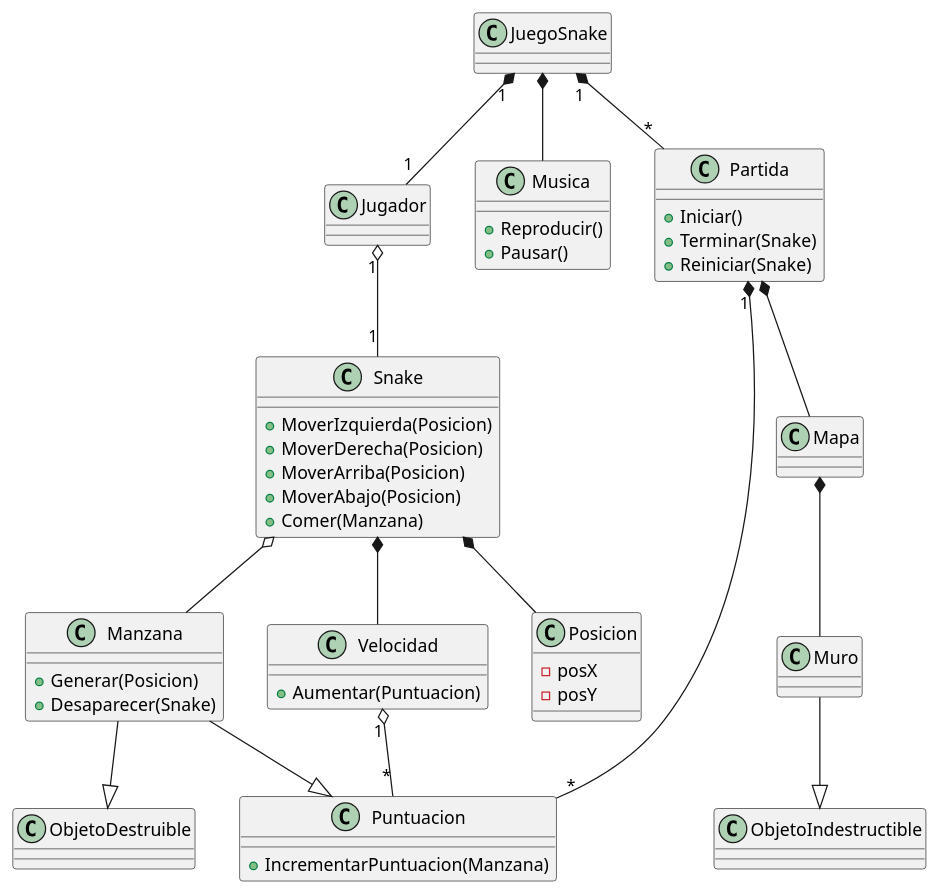
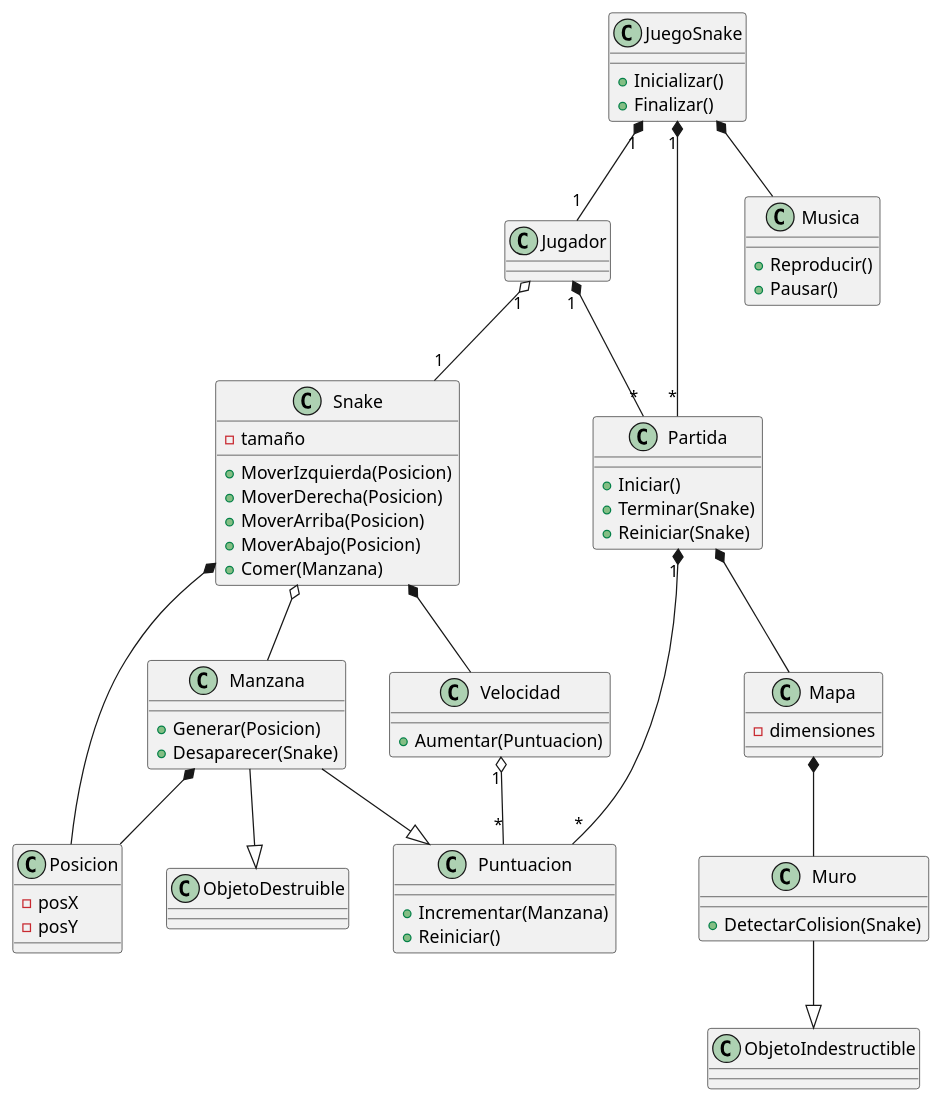
The diagram in docs/snake.puml (AlanDorantes/Snake), drawn with PlantUML before and after one commit. The commit also changed 16 other files, not shown here.

```diff
--- a/docs/snake.puml
+++ b/docs/snake.puml
@@ -1,84 +1,78 @@
 @startuml Snake
 
 class JuegoSnake {
-
+    +Inicializar()
+    +Finalizar()
 }
 
-class Jugador {
-    
-}
+class Jugador
 
 class Snake {
+    -tamaño
     +MoverIzquierda(Posicion)
     +MoverDerecha(Posicion)
     +MoverArriba(Posicion)
     +MoverAbajo(Posicion)
     +Comer(Manzana)
 }
 
 class Velocidad {
     +Aumentar(Puntuacion)
 }
 
 class Posicion {
     -posX
     -posY
 }
 
-class Posicion {
-
-
-}
-
 class Manzana {
     +Generar(Posicion)
     +Desaparecer(Snake)
 }
 
-class ObjetoDestruible {
-    
-}
+class ObjetoDestruible 
 
-class ObjetoIndestructible {
-    
-}
+class ObjetoIndestructible
 
 class Puntuacion {
-    +IncrementarPuntuacion(Manzana)
+    +Incrementar(Manzana)
+    +Reiniciar()
 }
 
 class Mapa {
-    
+    -dimensiones
 }
 
 class Muro {
-    
+    +DetectarColision(Snake)
 }
 
 class Musica {
     +Reproducir()
     +Pausar()
 }
 
 class Partida {
     +Iniciar()
     +Terminar(Snake)
     +Reiniciar(Snake)
 }
 
 Partida *-- Mapa
 Mapa *-- Muro
 JuegoSnake "1" *-- "1" Jugador
 Jugador "1" o-- "1" Snake
+Jugador "1" *-- "*" Partida
 Snake *-- Posicion
 Snake o-- Manzana
 Snake *-- Velocidad
 Velocidad "1" o-- "*" Puntuacion
 Manzana --|> ObjetoDestruible
 Manzana --|> Puntuacion
 Muro --|> ObjetoIndestructible
 JuegoSnake *-- Musica
 JuegoSnake "1" *-- "*" Partida
 Partida "1" *-- "*" Puntuacion
+Manzana *-- Posicion
 
 @enduml
```
